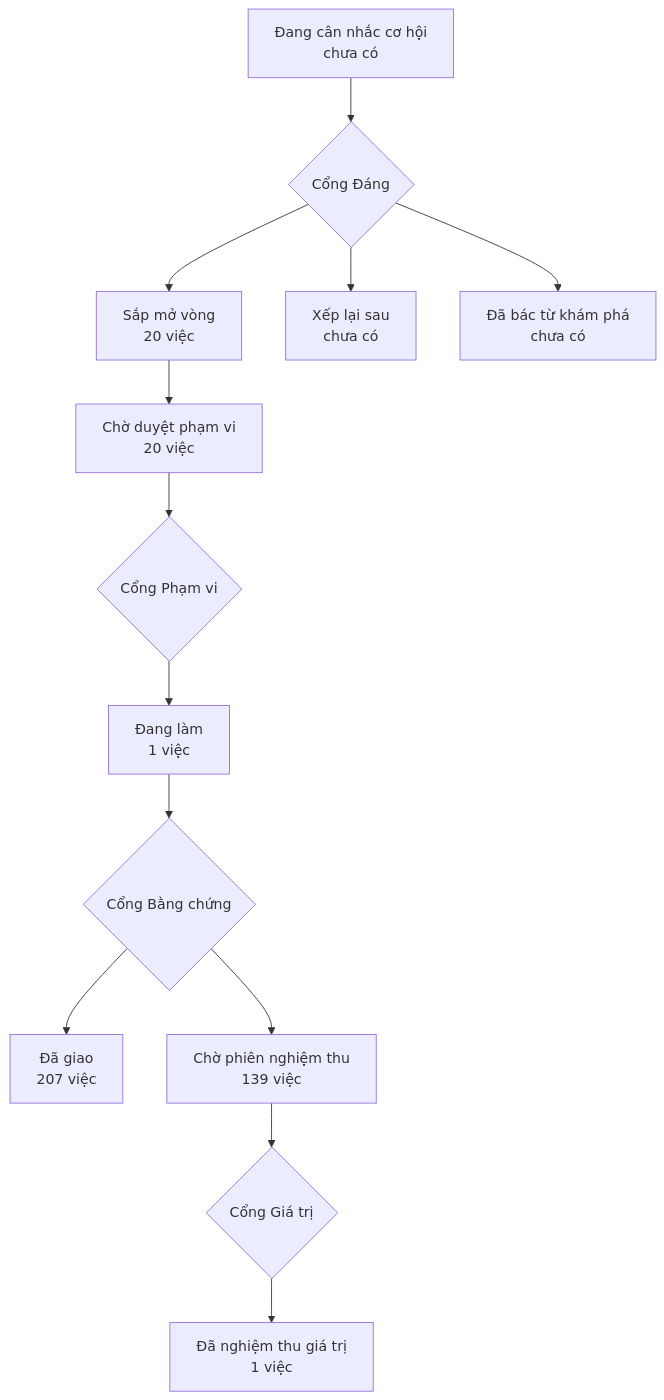
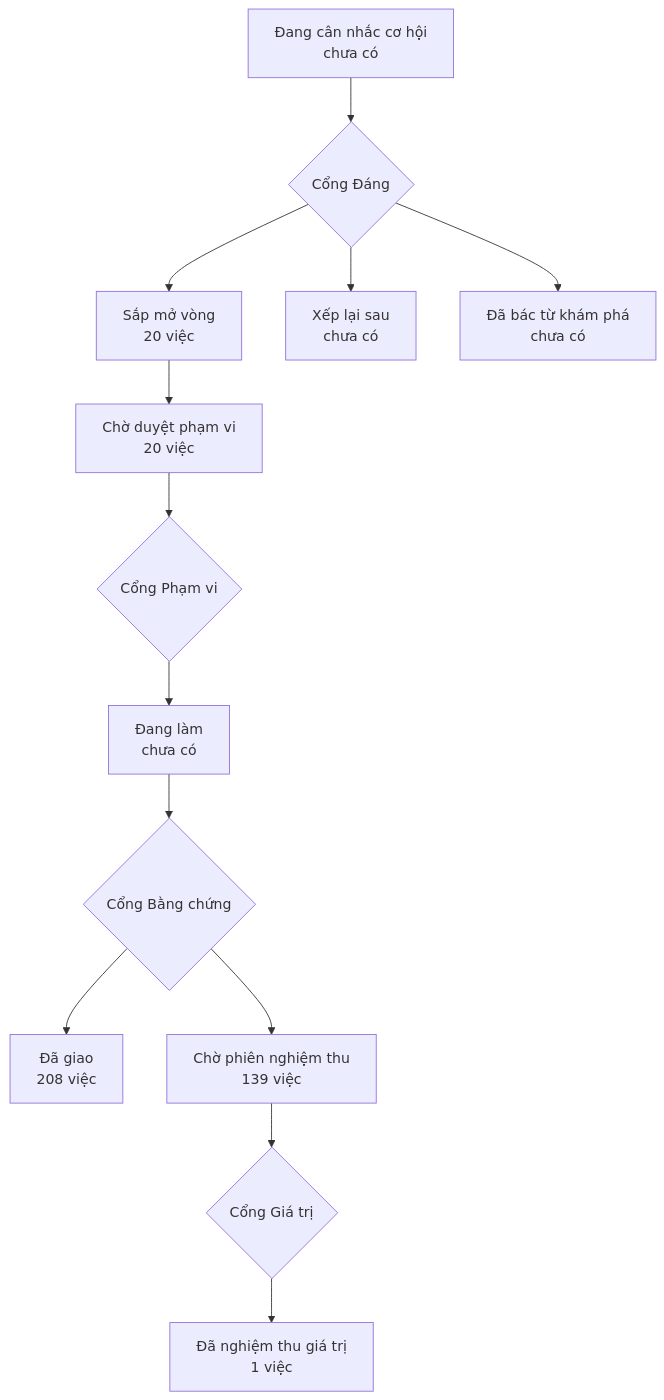
The diagram in PRODUCT-MAP.md (phanlemanh/onehub-invest), drawn with Mermaid before and after one commit. The commit also changed other lines of this file and 4 other files, not shown here.

````diff
--- a/PRODUCT-MAP.md
+++ b/PRODUCT-MAP.md
@@ -7,12 +7,12 @@
 ```mermaid
 flowchart TD
   A["Đang cân nhắc cơ hội<br/>chưa có"] --> GD{"Cổng Đáng"}
   GD --> B["Sắp mở vòng<br/>20 việc"]
   GD --> XL["Xếp lại sau<br/>chưa có"]
   GD --> DB["Đã bác từ khám phá<br/>chưa có"]
   B --> CD["Chờ duyệt phạm vi<br/>20 việc"] --> GP{"Cổng Phạm vi"}
-  GP --> DL["Đang làm<br/>1 việc"] --> GB{"Cổng Bằng chứng"}
-  GB --> DG["Đã giao<br/>207 việc"]
+  GP --> DL["Đang làm<br/>chưa có"] --> GB{"Cổng Bằng chứng"}
+  GB --> DG["Đã giao<br/>208 việc"]
   GB --> CN["Chờ phiên nghiệm thu<br/>139 việc"] --> GG{"Cổng Giá trị"}
   GG --> NT["Đã nghiệm thu giá trị<br/>1 việc"]
 ```
````
